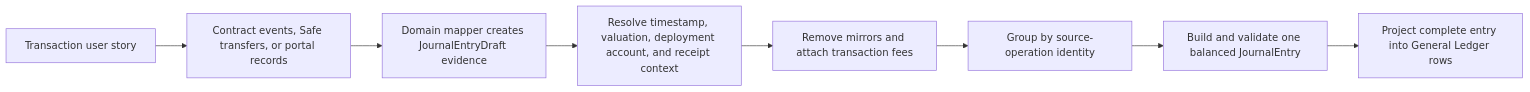
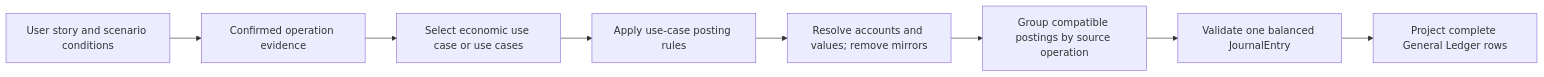
The diagram in docs/features/accounting/journal-entry-catalogue.md (globe-and-citizen/cnc-portal), drawn with Mermaid before and after one commit. The commit also changed other lines of this file and 2 other files, not shown here.

````diff
--- a/docs/features/accounting/journal-entry-catalogue.md
+++ b/docs/features/accounting/journal-entry-catalogue.md
@@ -125,10 +484,10 @@
 ```mermaid
 flowchart LR
-    Story[Transaction user story] --> Evidence[Contract events, Safe transfers, or portal records]
-    Evidence --> Draft[Domain mapper creates JournalEntryDraft evidence]
-    Draft --> Enrichment[Resolve timestamp, valuation, deployment account, and receipt context]
-    Enrichment --> Reconcile[Remove mirrors and attach transaction fees]
-    Reconcile --> Group[Group by source-operation identity]
-    Group --> Validate[Build and validate one balanced JournalEntry]
-    Validate --> Ledger[Project complete entry into General Ledger rows]
+    Story[User story and scenario conditions] --> Evidence[Confirmed operation evidence]
+    Evidence --> UC[Select economic use case or use cases]
+    UC --> Rules[Apply use-case posting rules]
+    Rules --> Reconcile[Resolve accounts and values; remove mirrors]
+    Reconcile --> Group[Group compatible postings by source operation]
+    Group --> Validate[Validate one balanced JournalEntry]
+    Validate --> Ledger[Project complete General Ledger rows]
 ```
````
